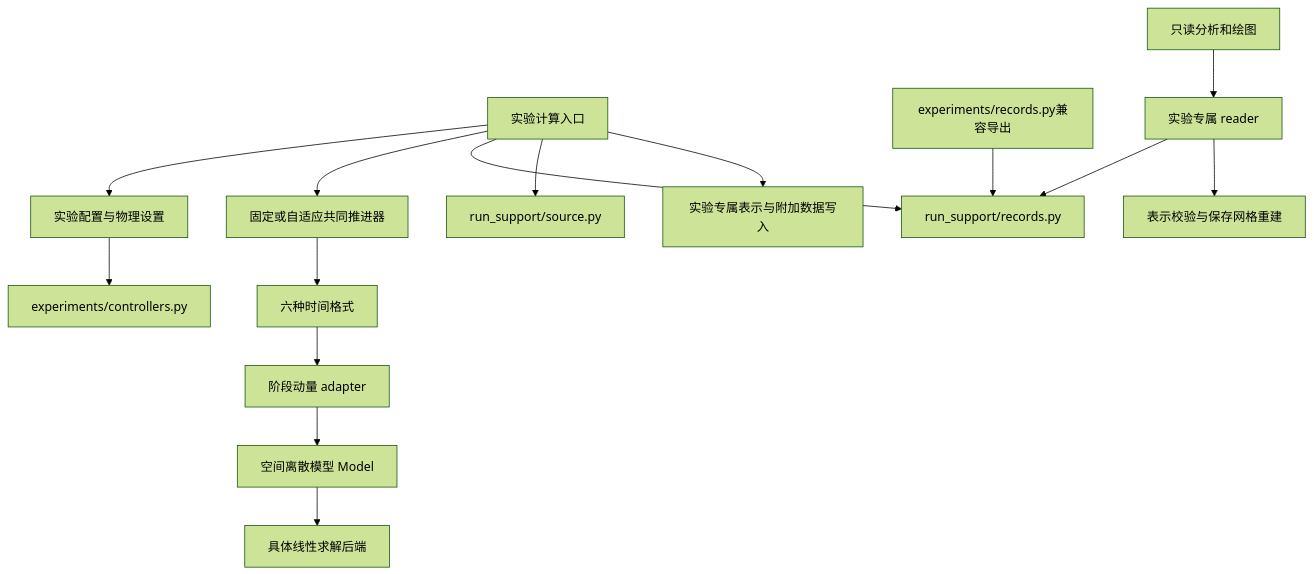
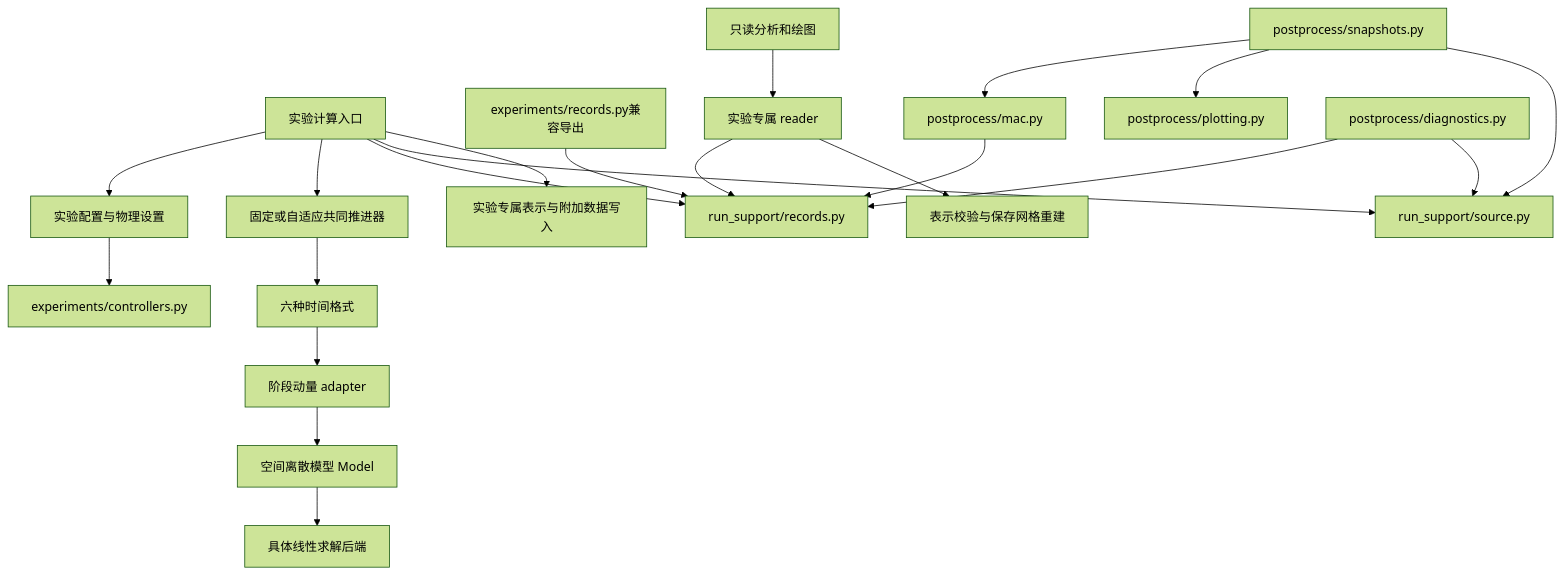
One commit to HaifengWang1031/MAC-mr-SAV-RK changed the diagram in docs/architecture.md. Above: the diagram before and after it, drawn with Mermaid (forest theme). The commit also changed other lines of this file and 28 other files, not shown here.

````diff
--- a/docs/architecture.md
+++ b/docs/architecture.md
@@ -79,17 +79,23 @@
 ```mermaid
 flowchart TD
     Run[实验计算入口] --> Config[实验配置与物理设置]
     Config --> Controls[experiments/controllers.py]
     Run --> Driver[固定或自适应共同推进器]
     Driver --> Schemes[六种时间格式]
     Schemes --> Momentum[阶段动量 adapter]
     Momentum --> Model[空间离散模型 Model]
     Model --> Linear[具体线性求解后端]
     Run --> Records[run_support/records.py]
     Run --> Source[run_support/source.py]
     Legacy[experiments/records.py兼容导出] --> Records
     Run --> Extra[实验专属表示与附加数据写入]
     Analysis[只读分析和绘图] --> Reader[实验专属 reader]
     Reader --> Records
     Reader --> Reconstruct[表示校验与保存网格重建]
+    Snapshot[postprocess/snapshots.py] --> MACReader[postprocess/mac.py]
+    MACReader --> Records
+    Snapshot --> Figures[postprocess/plotting.py]
+    Snapshot --> Source
+    Diagnostics[postprocess/diagnostics.py] --> Records
+    Diagnostics --> Source
 ```
````
